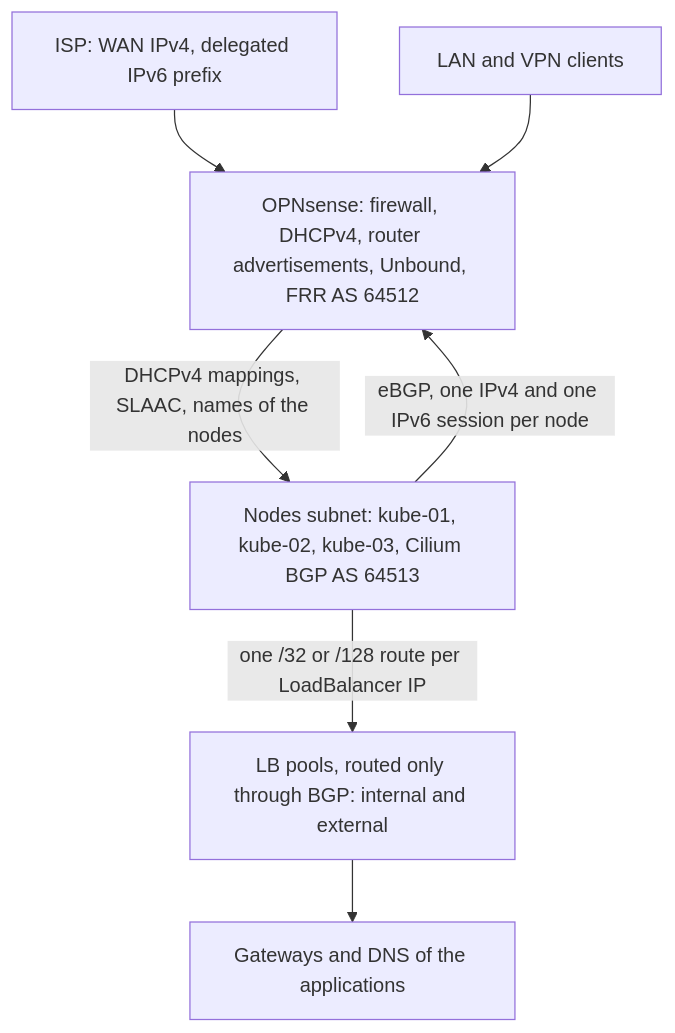
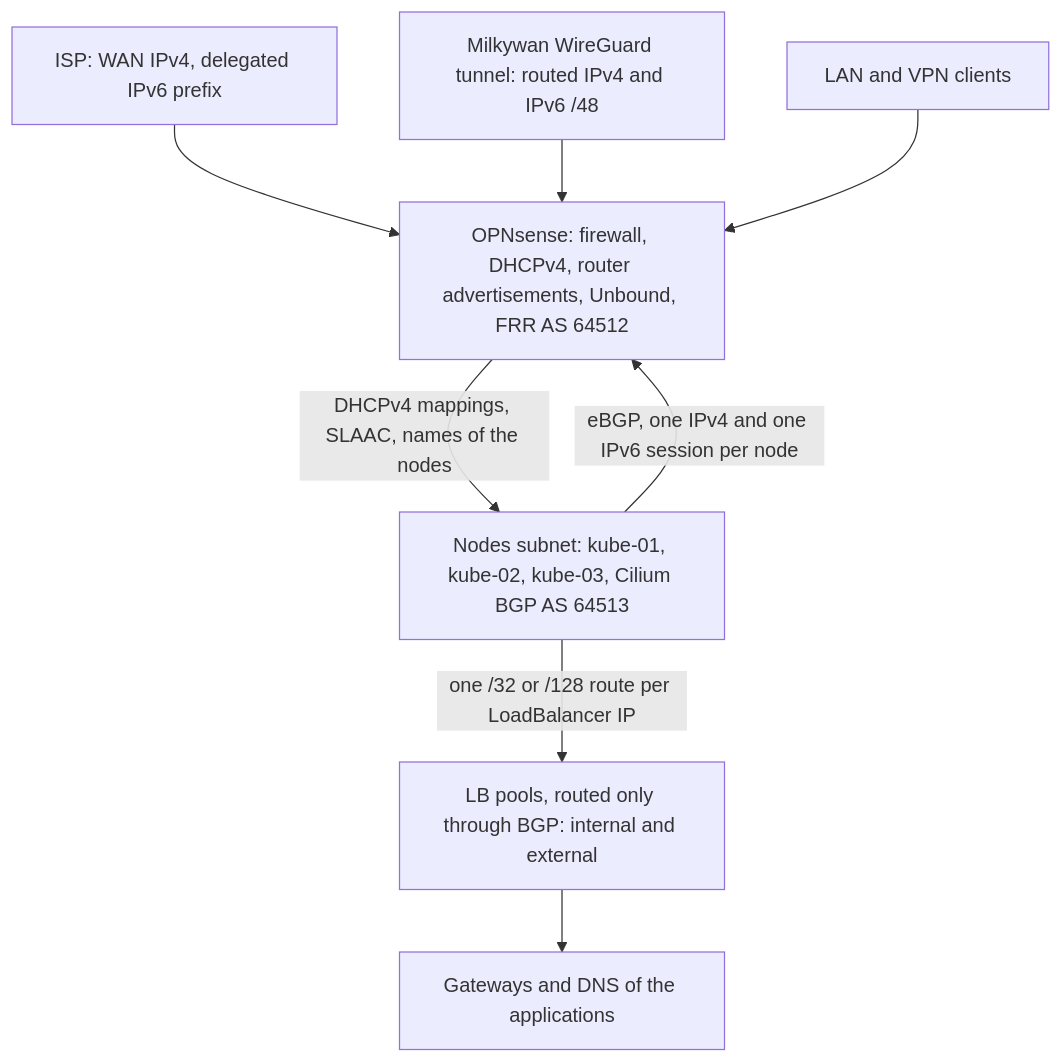
One commit to shellt0pia/infrastructure changed the diagram in docs/network/README.md. Above: the diagram before and after it, drawn with Mermaid. The commit also changed other lines of this file and 34 other files, not shown here.

````diff
--- a/docs/network/README.md
+++ b/docs/network/README.md
@@ -23,9 +24,10 @@
 ```mermaid
 flowchart TD
     ISP["ISP: WAN IPv4, delegated IPv6 prefix"] --> OPN
+    MW["Milkywan WireGuard tunnel: routed IPv4 and IPv6 /48"] --> OPN
     CLIENTS["LAN and VPN clients"] --> OPN
     OPN["OPNsense: firewall, DHCPv4, router advertisements, Unbound, FRR AS 64512"] -->|"DHCPv4 mappings, SLAAC, names of the nodes"| NODES
     NODES["Nodes subnet: kube-01, kube-02, kube-03, Cilium BGP AS 64513"] -->|"eBGP, one IPv4 and one IPv6 session per node"| OPN
     NODES -->|"one /32 or /128 route per LoadBalancer IP"| POOLS
     POOLS["LB pools, routed only through BGP: internal and external"] --> GW["Gateways and DNS of the applications"]
 ```
````
